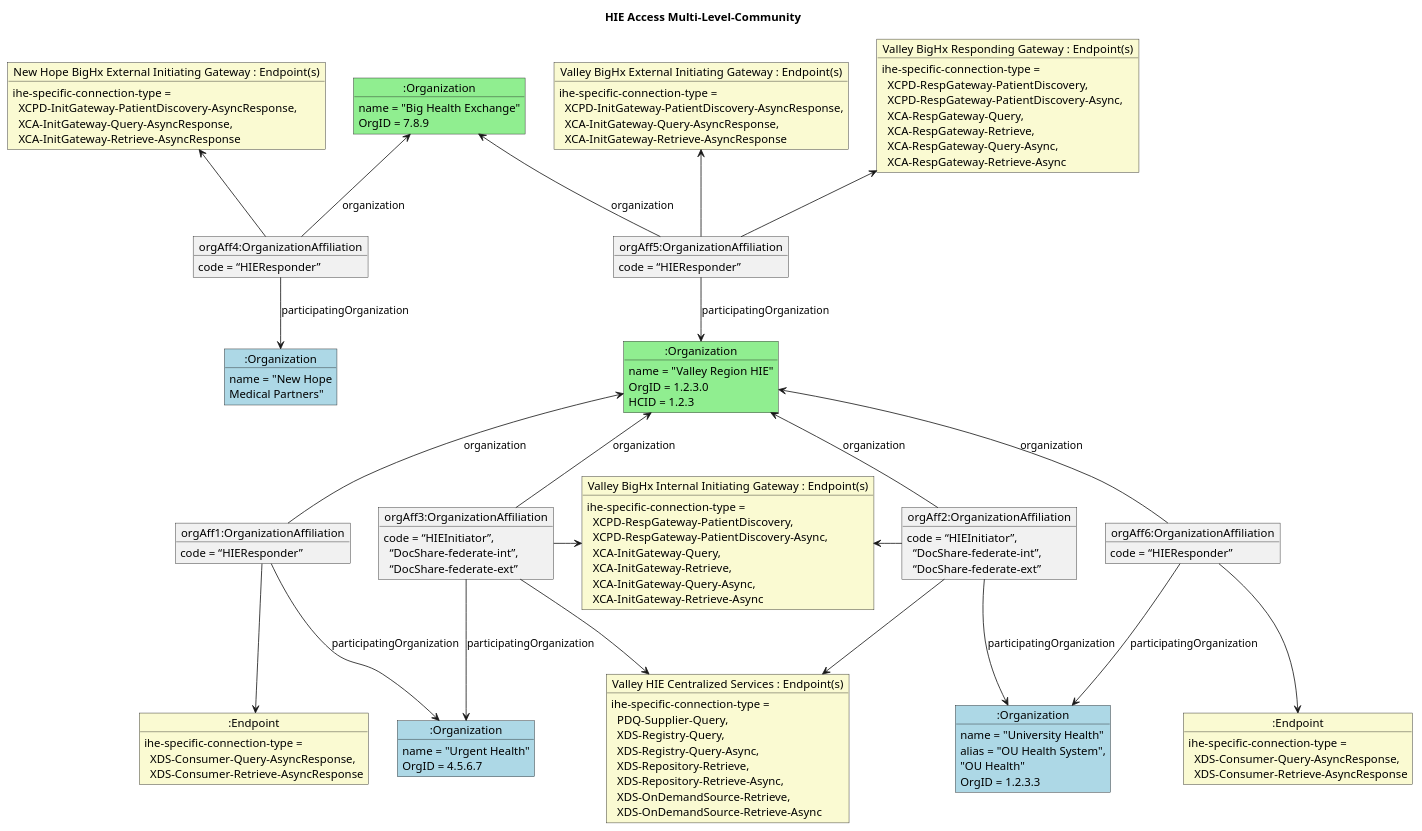
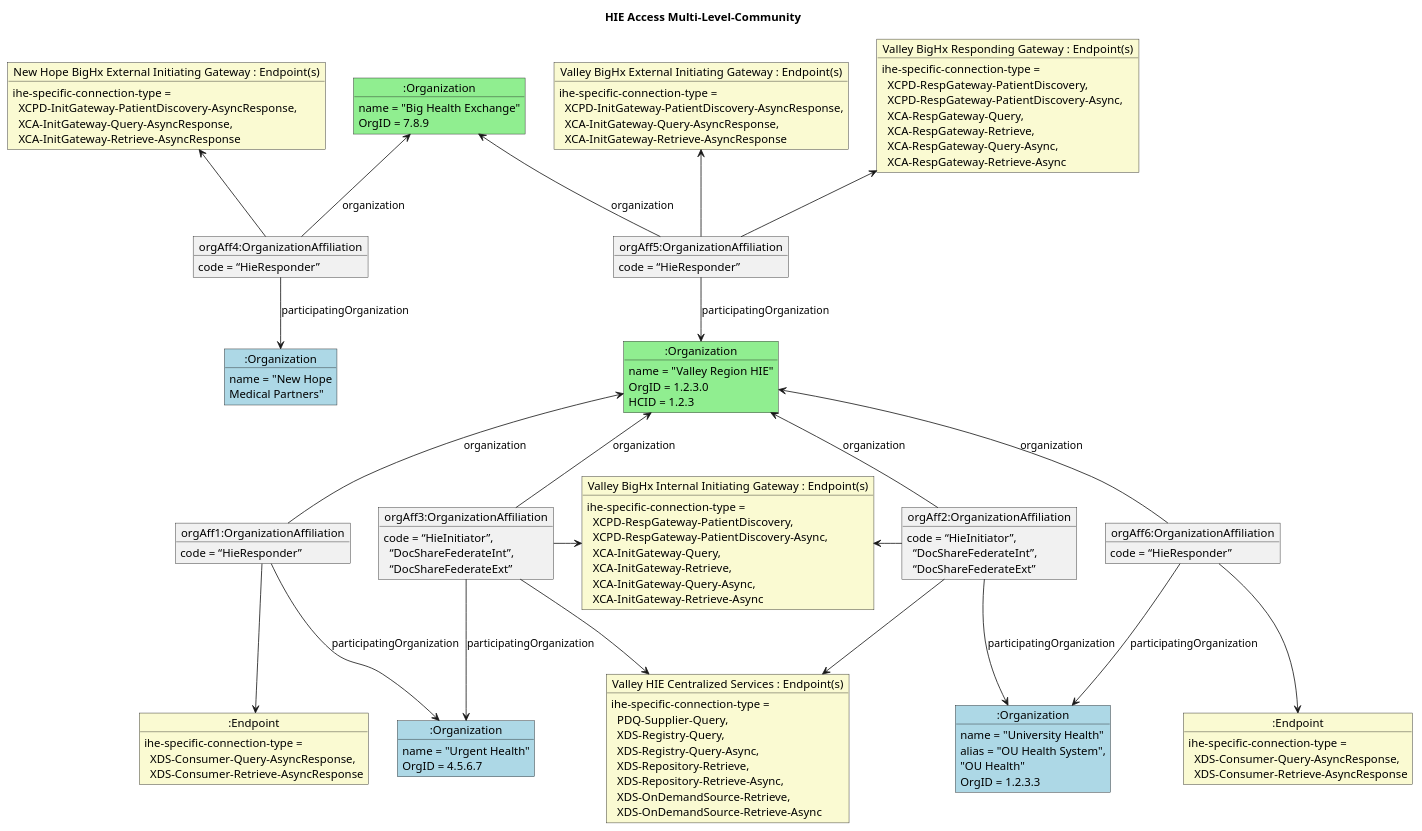
Before and after one commit to HL7/fhir-us-ndh: the diagram in input/images-source/OrganizationAffiliationIHE3.plantuml, drawn with PlantUML. The commit also changed 4 other files, not shown here.

```diff
--- a/input/images-source/OrganizationAffiliationIHE3.plantuml
+++ b/input/images-source/OrganizationAffiliationIHE3.plantuml
@@ -1,88 +1,88 @@
 @startuml 
 
 title "HIE Access Multi-Level-Community "
 object ":Organization" as nhie #lightgreen
 nhie : name = "Big Health Exchange"
 nhie : OrgID = 7.8.9
 
 object ":Organization" as Partners #LightBlue
 Partners : name = "New Hope\nMedical Partners"
 
 object "New Hope BigHx External Initiating Gateway : Endpoint(s)" as ig1 #LightGoldenRodYellow
 ig1 : ihe-specific-connection-type =\n  XCPD-InitGateway-PatientDiscovery-AsyncResponse,\n  XCA-InitGateway-Query-AsyncResponse,\n  XCA-InitGateway-Retrieve-AsyncResponse
 
 object "orgAff4:OrganizationAffiliation" as OrgAff4
-OrgAff4 : code = “HIEResponder”
+OrgAff4 : code = “HieResponder”
 OrgAff4 --> Partners : participatingOrganization
 nhie <-- OrgAff4 : organization
 ig1 <-- OrgAff4
 
 object ":Organization" as hie #lightgreen
 hie : name = "Valley Region HIE"
 hie : OrgID = 1.2.3.0
 hie : HCID = 1.2.3
 
 object "orgAff5:OrganizationAffiliation" as OrgAff5
-OrgAff5 : code = “HIEResponder”
+OrgAff5 : code = “HieResponder”
 OrgAff5 --> hie : participatingOrganization
 nhie <-- OrgAff5 : organization
 
 object "Valley BigHx Responding Gateway : Endpoint(s)" as rg1 #LightGoldenRodYellow
 rg1 : ihe-specific-connection-type = \n  XCPD-RespGateway-PatientDiscovery,\n  XCPD-RespGateway-PatientDiscovery-Async,\n  XCA-RespGateway-Query,\n  XCA-RespGateway-Retrieve,\n  XCA-RespGateway-Query-Async,\n  XCA-RespGateway-Retrieve-Async
 rg1 <-- OrgAff5
 
 object "Valley BigHx External Initiating Gateway : Endpoint(s)" as ig2 #LightGoldenRodYellow
 ig2 : ihe-specific-connection-type =\n  XCPD-InitGateway-PatientDiscovery-AsyncResponse,\n  XCA-InitGateway-Query-AsyncResponse,\n  XCA-InitGateway-Retrieve-AsyncResponse
 ig2 <-- OrgAff5
 
 object "Valley BigHx Internal Initiating Gateway : Endpoint(s)" as ig3 #LightGoldenRodYellow
 ig3 : ihe-specific-connection-type = \n  XCPD-RespGateway-PatientDiscovery,\n  XCPD-RespGateway-PatientDiscovery-Async,\n  XCA-InitGateway-Query,\n  XCA-InitGateway-Retrieve,\n  XCA-InitGateway-Query-Async,\n  XCA-InitGateway-Retrieve-Async
 
 object "Valley HIE Centralized Services : Endpoint(s)" as hieEndpoints #LightGoldenRodYellow
 hieEndpoints : ihe-specific-connection-type = \n  PDQ-Supplier-Query,\n  XDS-Registry-Query,\n  XDS-Registry-Query-Async,\n  XDS-Repository-Retrieve,\n  XDS-Repository-Retrieve-Async,\n  XDS-OnDemandSource-Retrieve,\n  XDS-OnDemandSource-Retrieve-Async
 
 object ":Organization" as OU #LightBlue
 OU : name = "University Health"
 OU : alias = "OU Health System",\n"OU Health"
 OU : OrgID = 1.2.3.3
 
 object ":Organization" as Urgent #LightBlue
 Urgent : name = "Urgent Health"
 Urgent : OrgID = 4.5.6.7
 
 object "orgAff1:OrganizationAffiliation" as OrgAff1
-OrgAff1 : code = “HIEResponder”
+OrgAff1 : code = “HieResponder”
 OrgAff1 --> Urgent : participatingOrganization
 hie <-- OrgAff1 : organization
 
 object "orgAff2:OrganizationAffiliation" as OrgAff2
-OrgAff2 : code = “HIEInitiator”,\n  “DocShare-federate-int”,\n  “DocShare-federate-ext”
+OrgAff2 : code = “HieInitiator”,\n  “DocShareFederateInt”,\n  “DocShareFederateExt”
 OrgAff2 --> OU : participatingOrganization
 hie <-- OrgAff2 : organization
 ig3 <- OrgAff2
 OrgAff2 -> hieEndpoints
 
 object "orgAff3:OrganizationAffiliation" as OrgAff3
-OrgAff3 : code = “HIEInitiator”,\n  “DocShare-federate-int”,\n  “DocShare-federate-ext”
+OrgAff3 : code = “HieInitiator”,\n  “DocShareFederateInt”,\n  “DocShareFederateExt”
 OrgAff3 --> Urgent : participatingOrganization
 hie <-- OrgAff3 : organization
 OrgAff3 -> ig3
 OrgAff3 -> hieEndpoints
 
 object "orgAff6:OrganizationAffiliation" as OrgAff6
-OrgAff6 : code = “HIEResponder”
+OrgAff6 : code = “HieResponder”
 OrgAff6 --> OU : participatingOrganization
 hie <-- OrgAff6 : organization
 
 ig3 -[hidden]- hieEndpoints 
 OrgAff1 -[hidden] OrgAff3
 
 object ":Endpoint" as con2 #LightGoldenRodYellow
 con2 : ihe-specific-connection-type = \n  XDS-Consumer-Query-AsyncResponse,\n  XDS-Consumer-Retrieve-AsyncResponse
 OrgAff6 --> con2
 
 object ":Endpoint" as con3 #LightGoldenRodYellow
 con3 : ihe-specific-connection-type = \n  XDS-Consumer-Query-AsyncResponse,\n  XDS-Consumer-Retrieve-AsyncResponse
 OrgAff1 --> con3
 
 @enduml
```
